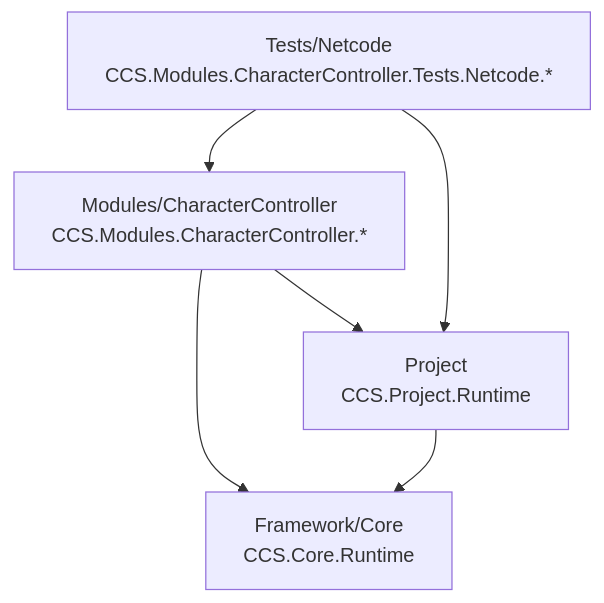
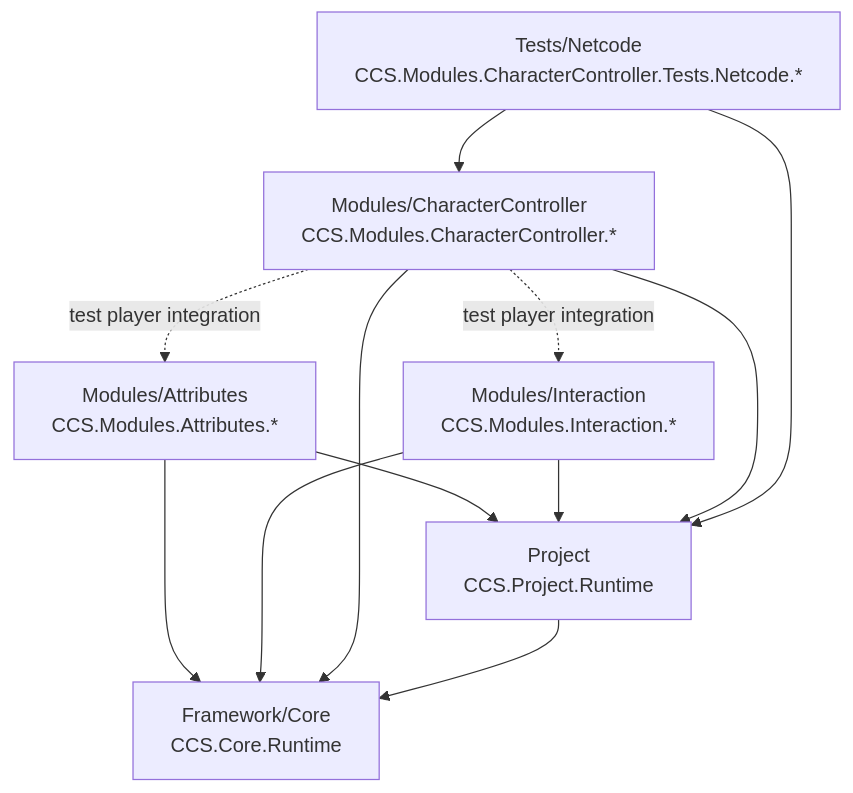
The diagram in Assets/CCS/FOLDER_STRUCTURE.md (Crazy-Carrot-Studios/ccs-survival), drawn with Mermaid before and after one commit. The commit also changed other lines of this file and 2 other files, not shown here.

````diff
--- a/Assets/CCS/FOLDER_STRUCTURE.md
+++ b/Assets/CCS/FOLDER_STRUCTURE.md
@@ -101,13 +101,21 @@
 ```mermaid
 flowchart TD
     Core["Framework/Core\nCCS.Core.Runtime"]
     Project["Project\nCCS.Project.Runtime"]
+    Attr["Modules/Attributes\nCCS.Modules.Attributes.*"]
+    IX["Modules/Interaction\nCCS.Modules.Interaction.*"]
     CC["Modules/CharacterController\nCCS.Modules.CharacterController.*"]
     Netcode["Tests/Netcode\nCCS.Modules.CharacterController.Tests.Netcode.*"]
 
+    Attr --> Project
+    Attr --> Core
+    IX --> Project
+    IX --> Core
     CC --> Project
     CC --> Core
+    CC -. "test player integration" .-> Attr
+    CC -. "test player integration" .-> IX
     Netcode --> CC
     Netcode --> Project
     Project --> Core
 ```
````
